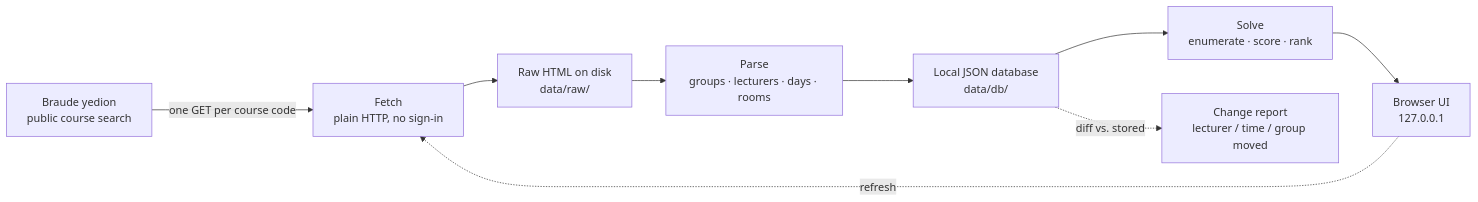
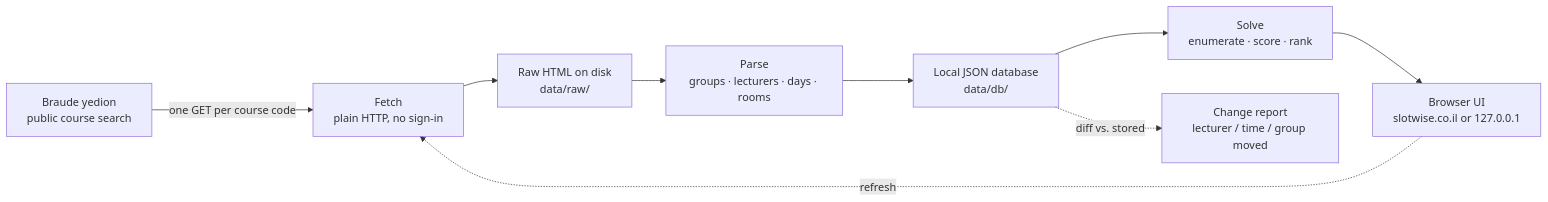
One commit to netabaron/SlotWise changed the diagram in README.md. Above: the diagram before and after it, drawn with Mermaid. The commit also changed other lines of this file and 11 other files, not shown here.

````diff
--- a/README.md
+++ b/README.md
@@ -7,15 +10,15 @@
 ```mermaid
 flowchart LR
     A["Braude yedion<br/>public course search"]
     B["Fetch<br/>plain HTTP, no sign-in"]
     C["Raw HTML on disk<br/>data/raw/"]
     D["Parse<br/>groups · lecturers · days · rooms"]
     E["Local JSON database<br/>data/db/"]
     F["Solve<br/>enumerate · score · rank"]
-    G["Browser UI<br/>127.0.0.1"]
+    G["Browser UI<br/>slotwise.co.il or 127.0.0.1"]
     H["Change report<br/>lecturer / time / group moved"]
 
     A -->|one GET per course code| B --> C --> D --> E --> F --> G
     G -.->|refresh| B
     E -.->|diff vs. stored| H
 ```
````
